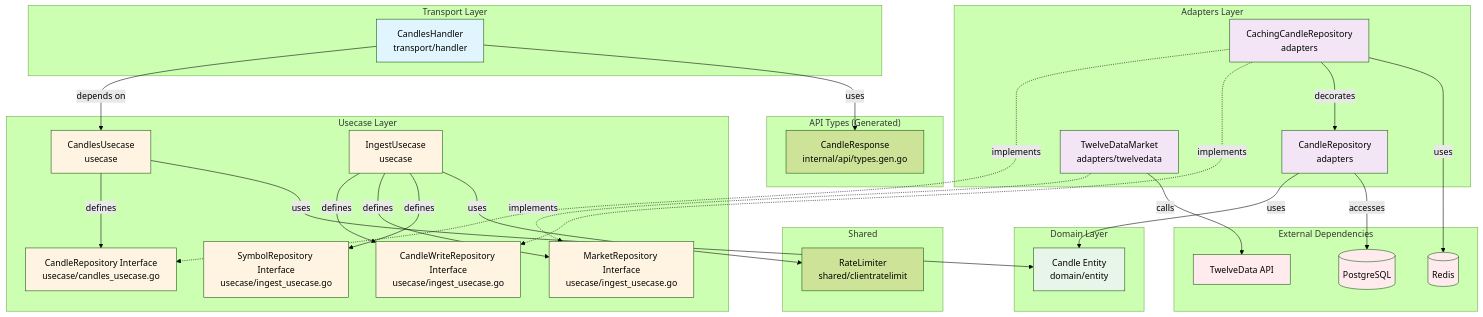
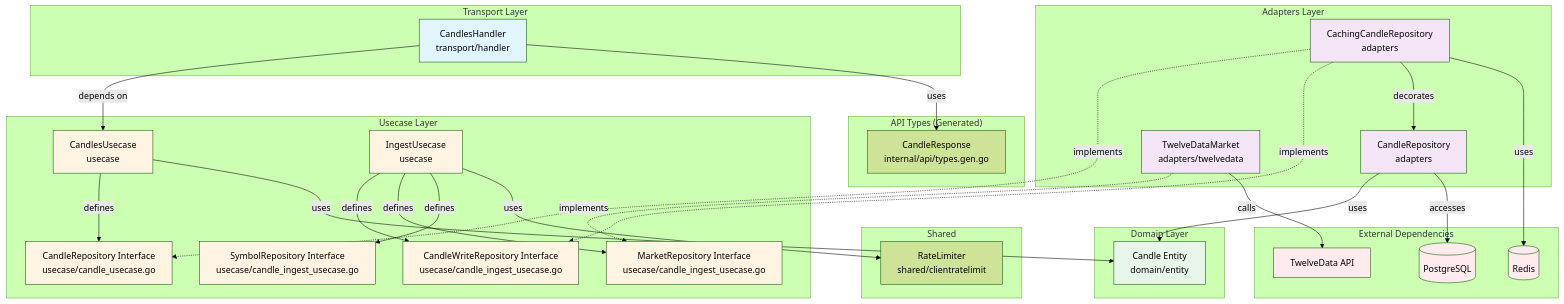
Before and after one commit to UCHIDAnobuhiro/stock_backend: the third of 3 diagrams in internal/feature/candles/README.md, drawn with Mermaid (forest theme). The commit also changed other lines of this file and 20 other files, not shown here.

````diff
--- a/internal/feature/candles/README.md
+++ b/internal/feature/candles/README.md
@@ -211,71 +211,71 @@
 ```mermaid
 graph TB
     subgraph "Transport Layer"
         Handler[CandlesHandler<br/>transport/handler]
     end
 
     subgraph "API Types (Generated)"
         APITypes[CandleResponse<br/>internal/api/types.gen.go]
     end
 
     subgraph "Usecase Layer"
         CandlesUC[CandlesUsecase<br/>usecase]
         IngestUC[IngestUsecase<br/>usecase]
-        ReadInterface[CandleRepository Interface<br/>usecase/candles_usecase.go]
-        WriteInterface[CandleWriteRepository Interface<br/>usecase/ingest_usecase.go]
-        MarketInterface[MarketRepository Interface<br/>usecase/ingest_usecase.go]
-        SymbolInterface[SymbolRepository Interface<br/>usecase/ingest_usecase.go]
+        ReadInterface[CandleRepository Interface<br/>usecase/candle_usecase.go]
+        WriteInterface[CandleWriteRepository Interface<br/>usecase/candle_ingest_usecase.go]
+        MarketInterface[MarketRepository Interface<br/>usecase/candle_ingest_usecase.go]
+        SymbolInterface[SymbolRepository Interface<br/>usecase/candle_ingest_usecase.go]
     end
 
     subgraph "Domain Layer"
         Entity[Candle Entity<br/>domain/entity]
     end
 
     subgraph "Adapters Layer"
         RepoImpl[CandleRepository<br/>adapters]
         Cache[CachingCandleRepository<br/>adapters]
         TwelveData[TwelveDataMarket<br/>adapters/twelvedata]
     end
 
     subgraph "Shared"
         RateLimiter[RateLimiter<br/>shared/clientratelimit]
     end
 
     subgraph "External Dependencies"
         DB[(PostgreSQL)]
         Redis[(Redis)]
         API[TwelveData API]
     end
 
     Handler -->|depends on| CandlesUC
     Handler -->|uses| APITypes
     CandlesUC -->|defines| ReadInterface
     CandlesUC -->|uses| Entity
     IngestUC -->|defines| WriteInterface
     IngestUC -->|defines| MarketInterface
     IngestUC -->|defines| SymbolInterface
     IngestUC -->|uses| RateLimiter
     Cache -.->|implements| ReadInterface
     Cache -.->|implements| WriteInterface
     Cache -->|decorates| RepoImpl
     Cache -->|uses| Redis
     RepoImpl -->|uses| Entity
     RepoImpl -->|accesses| DB
     TwelveData -.->|implements| MarketInterface
     TwelveData -->|calls| API
 
     style Handler fill:#e1f5ff
     style CandlesUC fill:#fff4e1
     style IngestUC fill:#fff4e1
     style Entity fill:#e8f5e9
     style ReadInterface fill:#fff4e1
     style WriteInterface fill:#fff4e1
     style MarketInterface fill:#fff4e1
     style SymbolInterface fill:#fff4e1
     style RepoImpl fill:#f3e5f5
     style Cache fill:#f3e5f5
     style TwelveData fill:#f3e5f5
     style DB fill:#ffebee
     style Redis fill:#ffebee
     style API fill:#ffebee
 ```
````
